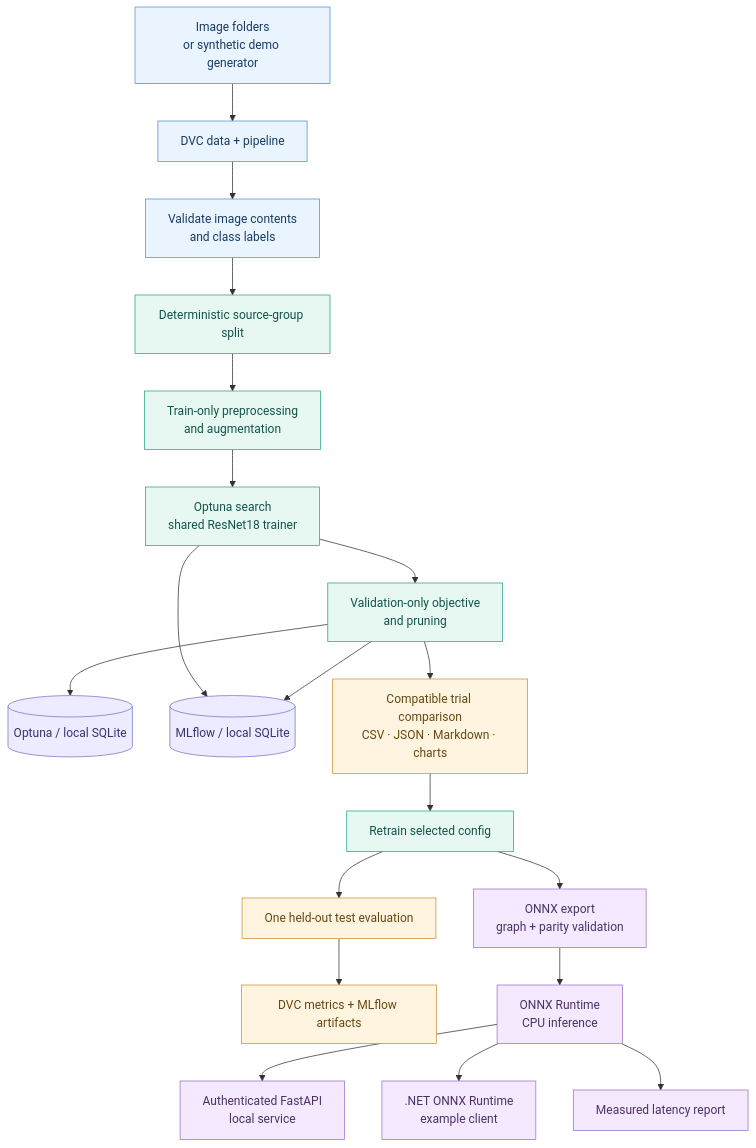
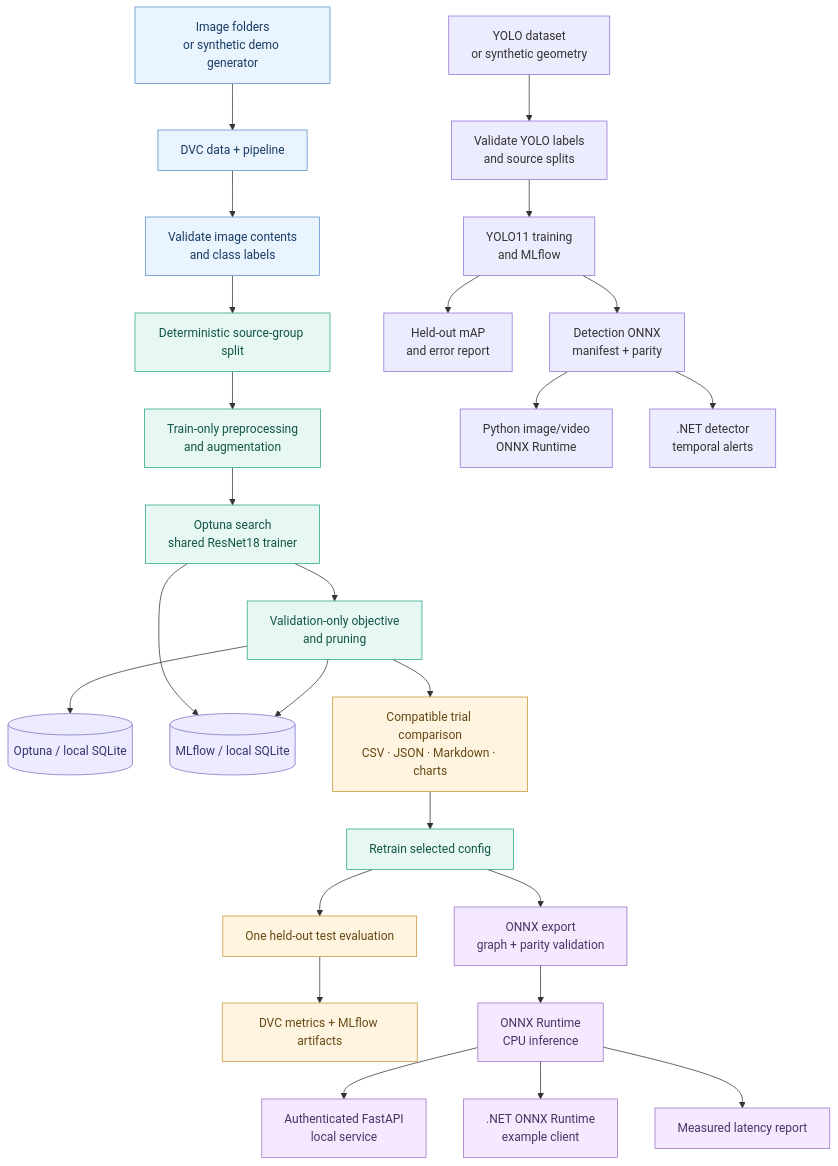
Before and after one commit to wilsonsantaluz/Surveillance-AI-Training: the diagram in README.md, drawn with Mermaid. The commit also changed other lines of this file and 39 other files, not shown here.

Commit message:
feat: add YOLO object detection pipeline

````diff
--- a/README.md
+++ b/README.md
@@ -21,32 +21,38 @@
 ```mermaid
 flowchart TD
     A["Image folders<br/>or synthetic demo generator"] --> B["DVC data + pipeline"]
     B --> C["Validate image contents<br/>and class labels"]
     C --> D["Deterministic source-group split"]
     D --> E["Train-only preprocessing<br/>and augmentation"]
     E --> F["Optuna search<br/>shared ResNet18 trainer"]
     F --> G["Validation-only objective<br/>and pruning"]
     G --> H[("Optuna / local SQLite")]
     F --> I[("MLflow / local SQLite")]
     G --> I
     G --> J["Compatible trial comparison<br/>CSV · JSON · Markdown · charts"]
     J --> K["Retrain selected config"]
     K --> L["One held-out test evaluation"]
     L --> M["DVC metrics + MLflow artifacts"]
     K --> N["ONNX export<br/>graph + parity validation"]
     N --> O["ONNX Runtime<br/>CPU inference"]
     O --> P["Authenticated FastAPI<br/>local service"]
     O --> Q[".NET ONNX Runtime<br/>example client"]
     O --> R["Measured latency report"]
+    S["YOLO dataset<br/>or synthetic geometry"] --> T["Validate YOLO labels<br/>and source splits"]
+    T --> U["YOLO11 training<br/>and MLflow"]
+    U --> V["Held-out mAP<br/>and error report"]
+    U --> W["Detection ONNX<br/>manifest + parity"]
+    W --> X["Python image/video<br/>ONNX Runtime"]
+    W --> Y[".NET detector<br/>temporal alerts"]
 
     classDef input fill:#eaf4ff,stroke:#568fca,color:#173b63
     classDef train fill:#e7f8f3,stroke:#28a48b,color:#125447
     classDef metric fill:#fff4df,stroke:#c89536,color:#654813
     classDef store fill:#ecebff,stroke:#7a72c4,color:#38336e
     classDef serve fill:#f4e9ff,stroke:#9b71c7,color:#4b3263
     class A,B,C input
     class D,E,F,G,K train
     class J,L,M metric
     class H,I store
     class N,O,P,Q,R serve
 ```
````
